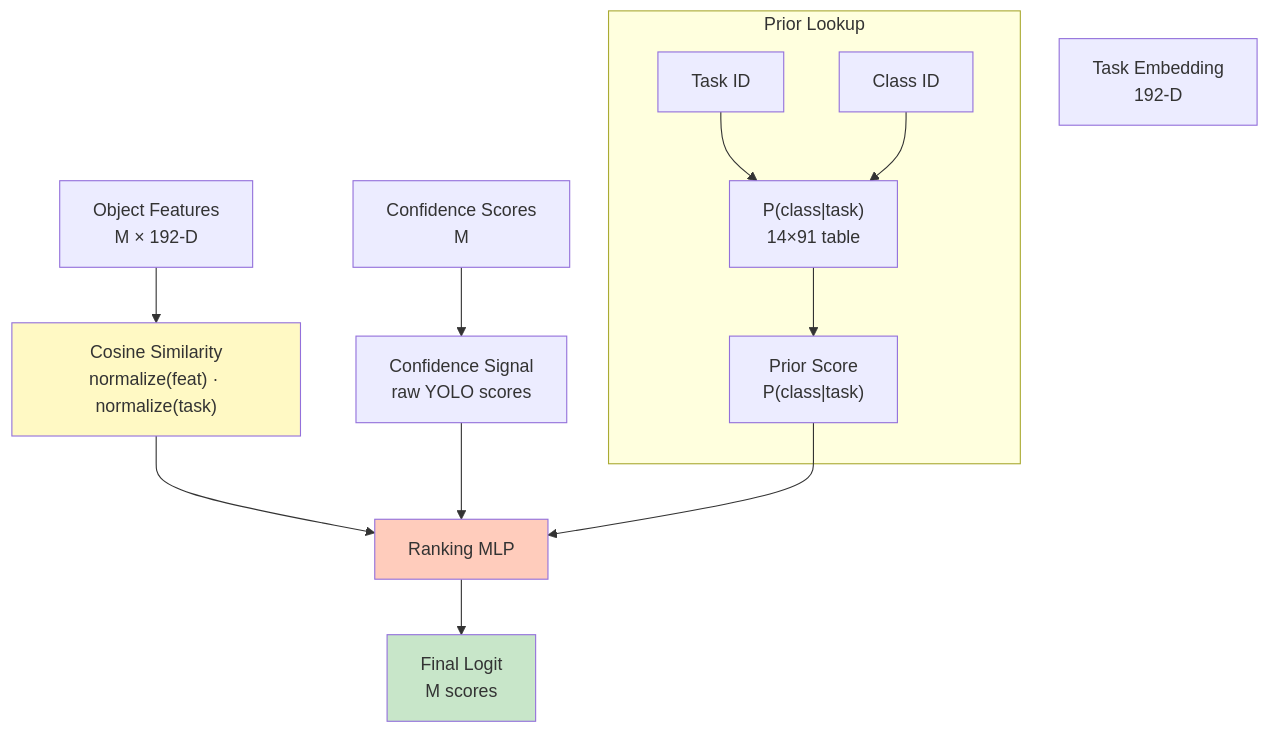
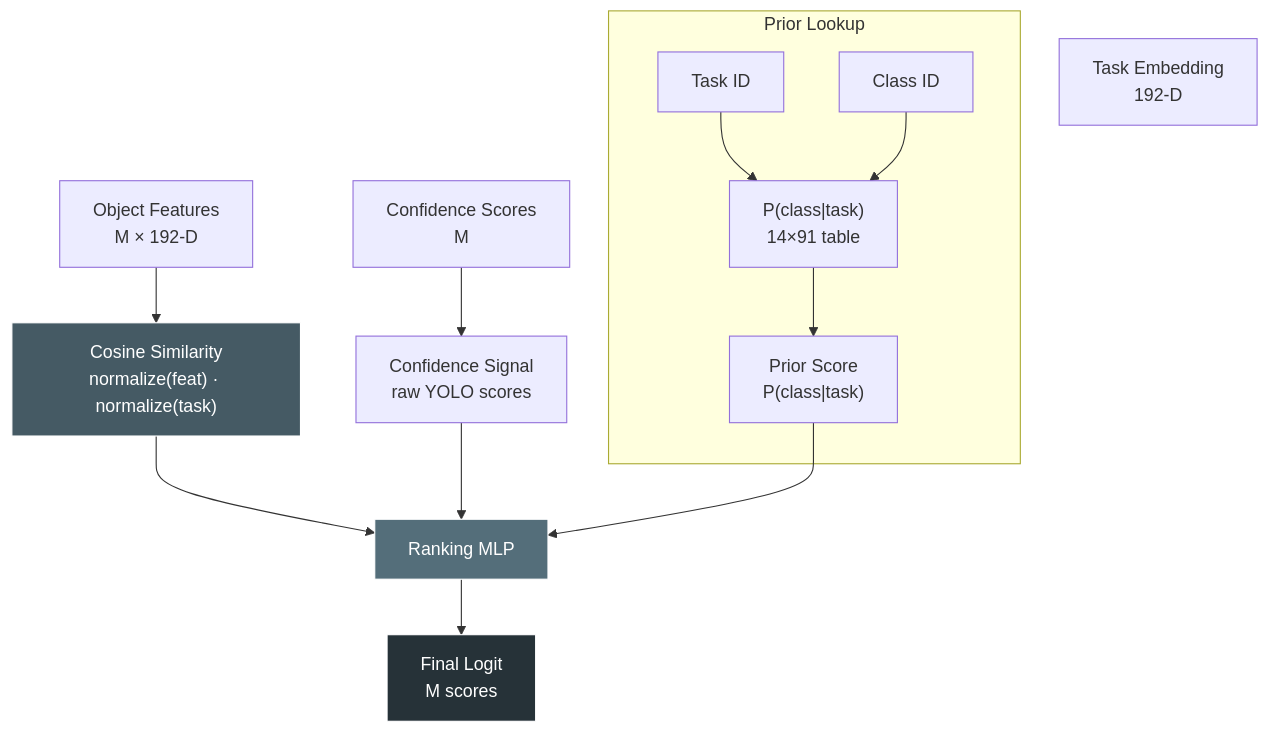
Before and after one commit to SavioJohnson007/Task_Driven_Object_Detection: the third of 5 diagrams in task_aware_object_selection/README.md, drawn with Mermaid. The commit also changed other lines of this file and 3 other files, not shown here.

````diff
--- a/task_aware_object_selection/README.md
+++ b/task_aware_object_selection/README.md
@@ -222,28 +222,28 @@
 ```mermaid
 graph TB
     feat["Object Features<br/>M × 192-D"]
     task["Task Embedding<br/>192-D"]
     scores["Confidence Scores<br/>M"]
     
     feat --> sim["Cosine Similarity<br/>normalize(feat) · normalize(task)"]
     scores --> conf["Confidence Signal<br/>raw YOLO scores"]
     
     subgraph prior["Prior Lookup"]
         task_id["Task ID"]
         class_id["Class ID"]
         prior_table["P(class|task)<br/>14×91 table"]
         task_id --> prior_table
         class_id --> prior_table
         prior_table --> prior_score["Prior Score<br/>P(class|task)"]
     end
     
     sim --> mlp["Ranking MLP"]
     conf --> mlp
     prior_score --> mlp
     
     mlp --> logit["Final Logit<br/>M scores"]
     
-    style sim fill:#fff9c4
-    style mlp fill:#ffccbc
-    style logit fill:#c8e6c9
+    style sim fill:#455A64,stroke:#ffffff,stroke-width:1px,color:#ffffff
+    style mlp fill:#546E7A,stroke:#ffffff,stroke-width:1px,color:#ffffff
+    style logit fill:#263238,stroke:#ffffff,stroke-width:1px,color:#ffffff
 ```
````
